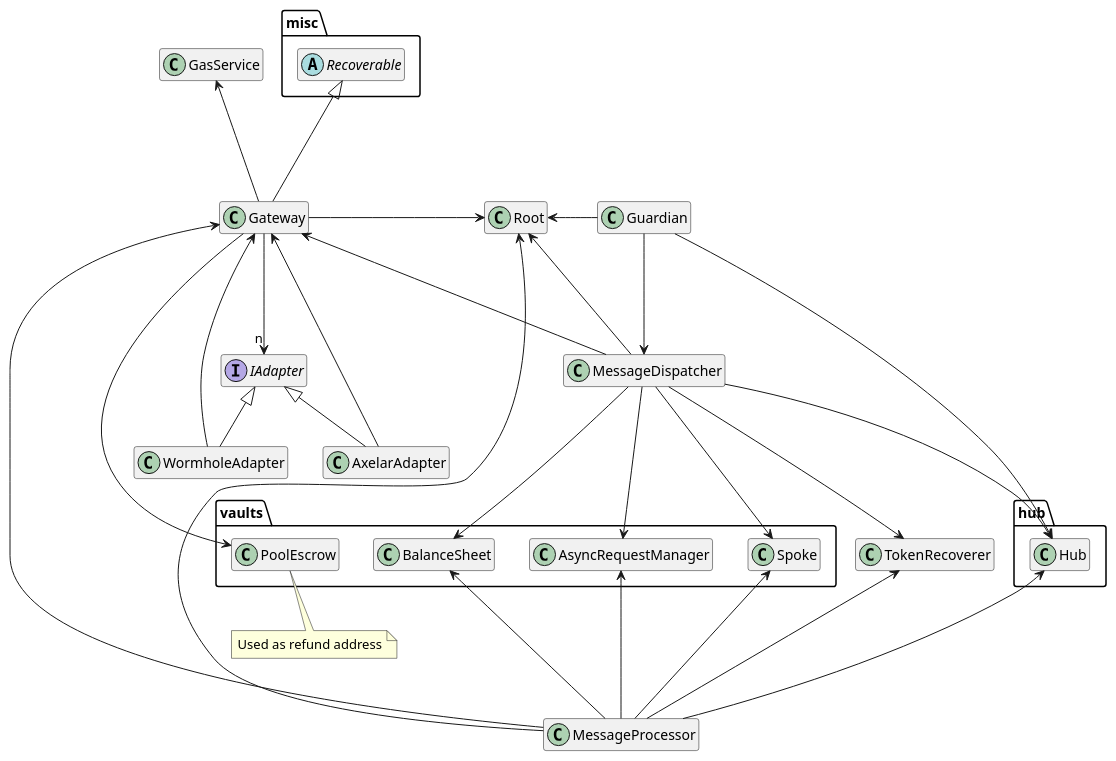
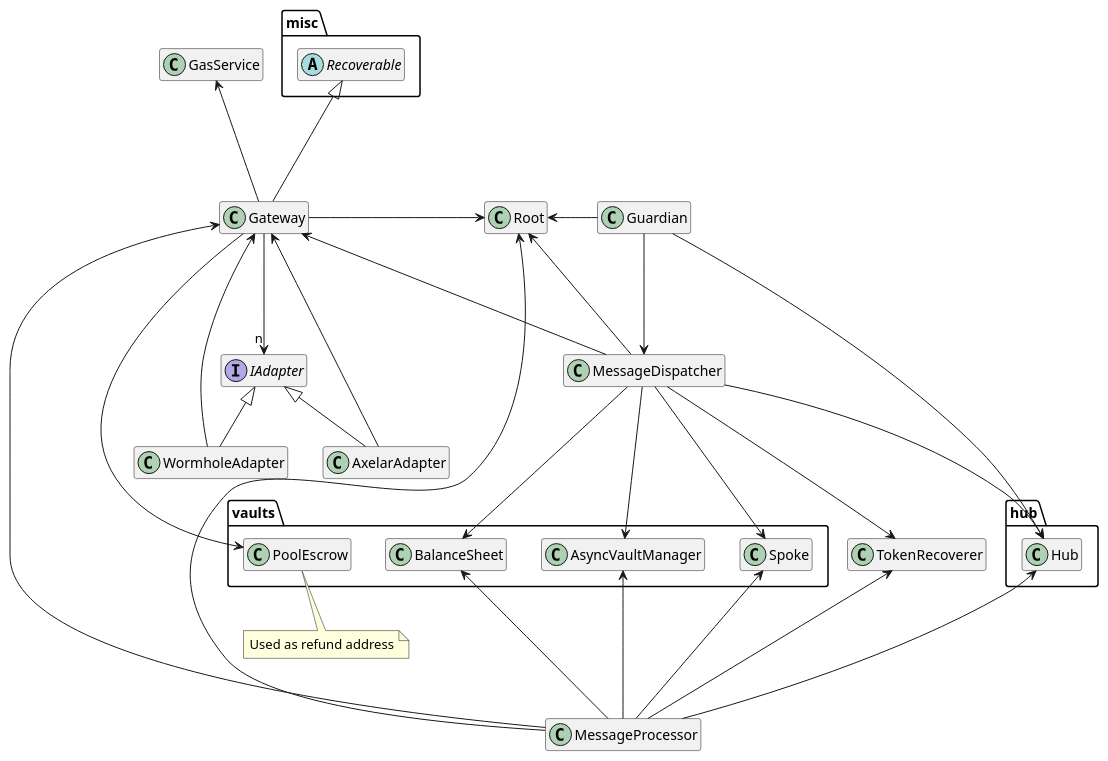
Before and after one commit to centrifuge/protocol: the diagram in docs/architecture/common.puml, drawn with PlantUML. The commit also changed 41 other files, not shown here.

```diff
--- a/docs/architecture/common.puml
+++ b/docs/architecture/common.puml
@@ -1,65 +1,65 @@
 @startuml
 hide empty members
 
 package misc {
     abstract Recoverable
 }
 
 package hub {
     class Hub
 }
 
 package vaults {
     class PoolEscrow
     class Spoke
-    class AsyncRequestManager
+    class AsyncVaultManager
     class BalanceSheet
 }
 
 interface IAdapter
 
 class TokenRecoverer
 class Root
 class MessageDispatcher
 class MessageProcessor
 class Gateway
 class AxelarAdapter
 class WormholeAdapter
 class Guardian
 class GasService
 
 AxelarAdapter -up-|> IAdapter
 AxelarAdapter -up--> Gateway
 
 WormholeAdapter -up-|> IAdapter
 WormholeAdapter -up--> Gateway
 
 MessageProcessor --up-> Root
 MessageProcessor --up-> TokenRecoverer
 MessageProcessor --up-> Hub
 MessageProcessor --up-> Spoke
-MessageProcessor --up-> AsyncRequestManager
+MessageProcessor --up-> AsyncVaultManager
 MessageProcessor --up-> BalanceSheet
 MessageProcessor --up-> Gateway
 
 MessageDispatcher ---> Root
 MessageDispatcher ---> TokenRecoverer
 MessageDispatcher ---> Gateway
 MessageDispatcher ---> Hub
 MessageDispatcher ---> Spoke
-MessageDispatcher ---> AsyncRequestManager
+MessageDispatcher ---> AsyncVaultManager
 MessageDispatcher ---> BalanceSheet
 
 Guardian ---> Hub
 Guardian -left---> Root
 Guardian ---> MessageDispatcher
 
 Gateway -up--> GasService
 Gateway -up--|> Recoverable
 Gateway -right-> Root
 Gateway -down-->"n" IAdapter
 Gateway --> PoolEscrow
 
 note bottom of PoolEscrow: Used as refund address
 
 @enduml
```
